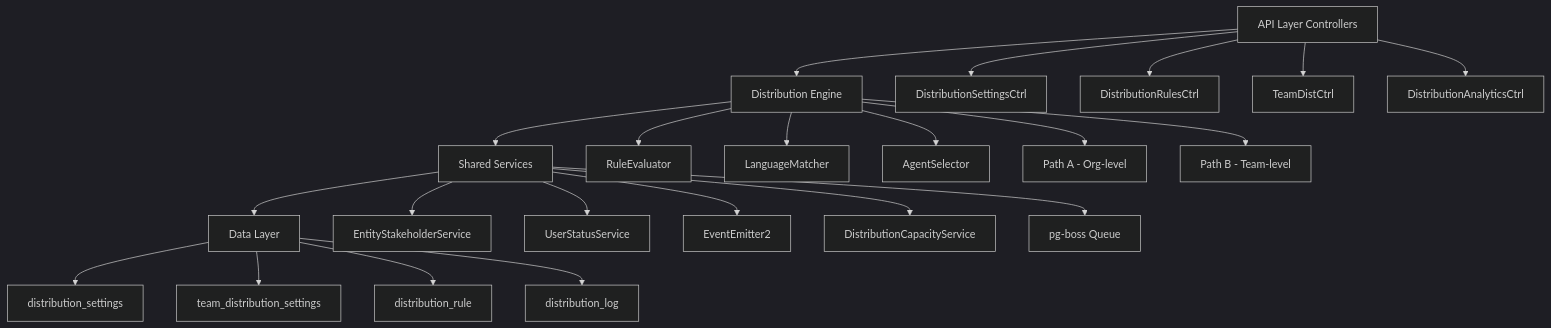
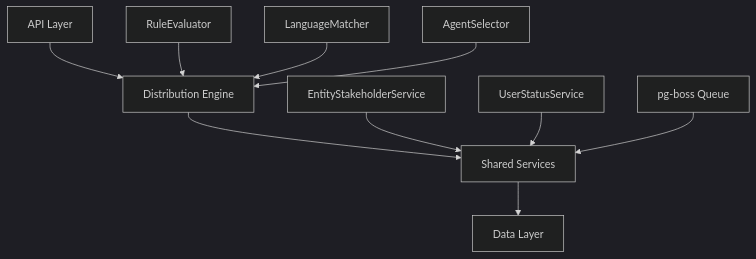
One commit to tech-propwise-org/docs changed the diagram in backend/crm/distribution-module-specification-final.mdx. Above: the diagram before and after it, drawn with Mermaid (dark theme). The commit also changed other lines of this file and 50 other files, not shown here.

````diff
--- a/backend/crm/distribution-module-specification-final.mdx
+++ b/backend/crm/distribution-module-specification-final.mdx
@@ -54,28 +54,14 @@
 ```mermaid
-graph TB
-    A[API Layer Controllers] --> B[Distribution Engine]
+graph TD
+    A[API Layer] --> B[Distribution Engine]
     B --> C[Shared Services]
     C --> D[Data Layer]
     
-    A --> A1[DistributionSettingsCtrl]
-    A --> A2[DistributionRulesCtrl] 
-    A --> A3[TeamDistCtrl]
-    A --> A4[DistributionAnalyticsCtrl]
+    B1[RuleEvaluator] --> B
+    B2[LanguageMatcher] --> B
+    B3[AgentSelector] --> B
     
-    B --> B1[RuleEvaluator]
-    B --> B2[LanguageMatcher]
-    B --> B3[AgentSelector]
-    B --> B4[Path A - Org-level]
-    B --> B5[Path B - Team-level]
-    
-    C --> C1[EntityStakeholderService]
-    C --> C2[UserStatusService]
-    C --> C3[EventEmitter2]
-    C --> C4[DistributionCapacityService]
-    C --> C5[pg-boss Queue]
-    
-    D --> D1[distribution_settings]
-    D --> D2[team_distribution_settings]
-    D --> D3[distribution_rule]
-    D --> D4[distribution_log]
+    C1[EntityStakeholderService] --> C
+    C2[UserStatusService] --> C
+    C3[pg-boss Queue] --> C
 ```
````
